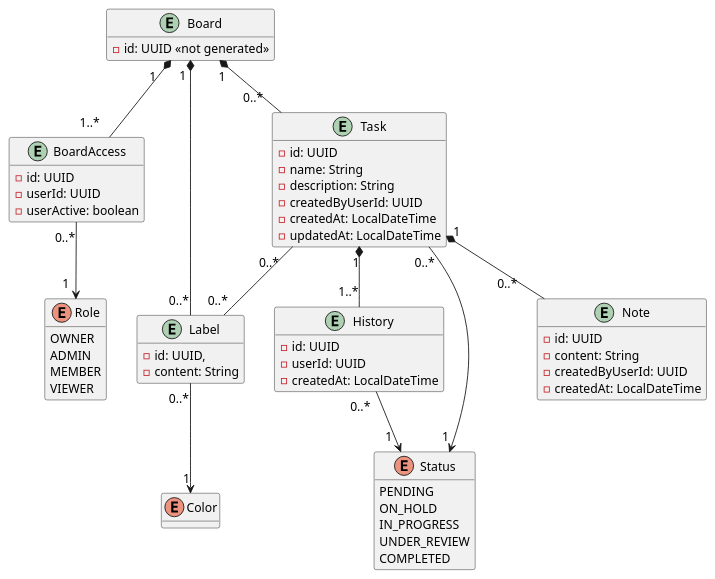
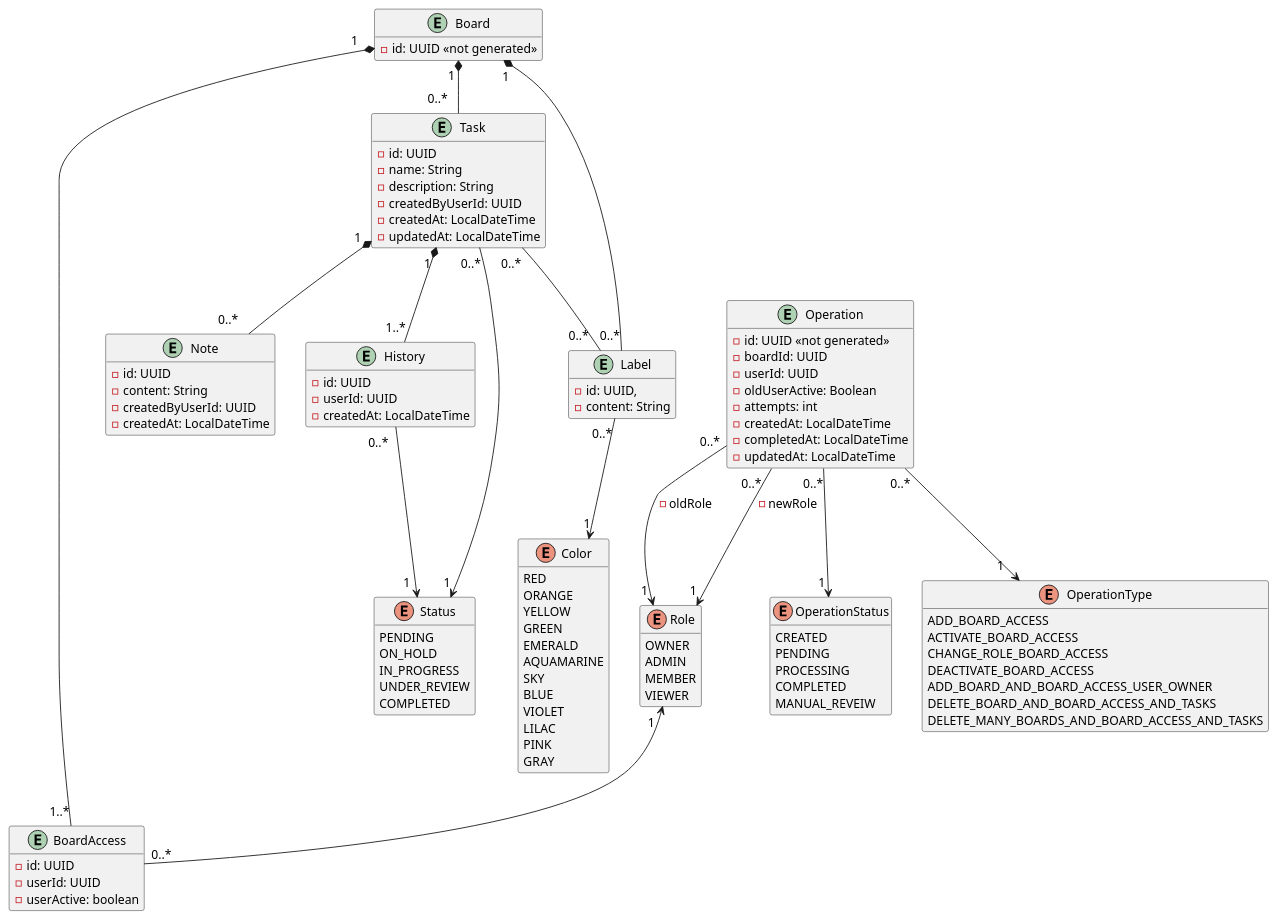
One commit to ArmandoEnrique1010K/TrelloMicroservices changed the diagram in assets/Workflow_diagram.puml. Above: the diagram before and after it, drawn with PlantUML. The commit also changed 5 other files, not shown here.

First line of the commit message:
Actualizar los tipos de operaciones y los diagramas de dominio

```diff
--- a/assets/Workflow_diagram.puml
+++ b/assets/Workflow_diagram.puml
@@ -1,103 +1,153 @@
 @startuml Workflow
 hide methods
 skinparam ArrowFontSize 14
 
 ' =========================================================
 ' Datos provenientes indirectamente de PROJECT
 ' =========================================================
 
 ' OWNER representa al usuario administrador del workspace.
 '
 ' boardId hace referencia a un board administrado por
 ' PROJECT. No es una FK hacia una entidad Board de TASK.
 enum Role {
   OWNER
   ADMIN
   MEMBER
   VIEWER
 }
 
 entity BoardAccess {
   - id: UUID
   - userId: UUID
   - userActive: boolean
 }
 
 
 'El ID de la entidad Board no es generado automaticamente, se
 'toma el ID del Board generado en el microservicio Project, es
 'por ello que se coloca <<not generated>>
 entity Board {
   - id: UUID <<not generated>>
 }
 
 
 ' =========================================================
 ' Entidades propias de WORKFLOW
 ' =========================================================
 
 'El valor por defecto del estado es PENDING
 enum Status {
   PENDING 
   ON_HOLD
   IN_PROGRESS
   UNDER_REVIEW
   COMPLETED
 }
 
 entity Task {
   - id: UUID
   - name: String
   - description: String
   - createdByUserId: UUID
   - createdAt: LocalDateTime
   - updatedAt: LocalDateTime
 }
 
 entity Label {
   - id: UUID,
   - content: String
 }
 
 enum Color {
-  
+  RED
+  ORANGE
+  YELLOW
+  GREEN
+  EMERALD
+  AQUAMARINE
+  SKY
+  BLUE
+  VIOLET
+  LILAC
+  PINK
+  GRAY
+}
+
+enum OperationStatus {
+  CREATED
+  PENDING
+  PROCESSING
+  COMPLETED
+  MANUAL_REVEIW
+}
+
+enum OperationType {
+  ADD_BOARD_ACCESS
+  ACTIVATE_BOARD_ACCESS
+  CHANGE_ROLE_BOARD_ACCESS
+  DEACTIVATE_BOARD_ACCESS
+  ADD_BOARD_AND_BOARD_ACCESS_USER_OWNER
+  DELETE_BOARD_AND_BOARD_ACCESS_AND_TASKS
+  DELETE_MANY_BOARDS_AND_BOARD_ACCESS_AND_TASKS
 }
 
 entity Note {
   - id: UUID
   - content: String
   - createdByUserId: UUID
   - createdAt: LocalDateTime
 }
 
 
 ' Historial de estados de Task.
 ' Al crear una Task, se crea también su primer History.
 
 entity History {
   - id: UUID
   - userId: UUID
   - createdAt: LocalDateTime
 }
 
 
+'Operaciones realizadas
+entity Operation {
+  - id: UUID <<not generated>>
+  - boardId: UUID
+  - userId: UUID
+  - oldUserActive: Boolean
+  'El número de intentos se mide por cantidad y no por tipo de intentos: automatico o manual
+  - attempts: int
+  - createdAt: LocalDateTime
+  - completedAt: LocalDateTime
+  - updatedAt: LocalDateTime
+}
+
+
 ' =========================================================
 ' Relaciones
 ' =========================================================
 'Una tarea puede tener ninguno, 1 o varios labels diferentes
-Task "0..*  " -- "0..*" Label
-Task "1" *-- "0..*     " Note
-Task " 1" *-- " 1..*" History
+Task "0..*  " -- "0..*  " Label
+Task "1 " *-- "0..*     " Note
+Task "1 " *-- " 1..*" History
 
-Task "0..*" ---> "1 " Status
+Task "0..*" --> "1 " Status
 History " 0..*  " --> " 1  " Status
 
-Board "1   " *-- "1..*    " BoardAccess
-Board " 1" *-- "0..*   " Task
-BoardAccess "0..*" --> "1  " Role
+Board "1   "*-----" 1..*" BoardAccess
+Board "1 " *-- "0..*   " Task
+BoardAccess "0..*"-up-> "1  " Role
 
 Board " 1 " *-- "0..*" Label
 
 Label "0..*" --> " 1" Color
+ 
+Operation "0..*" --> "1   " OperationType
+Operation "0..*" --> "1 " OperationStatus
+Operation "0..*" --> "1 " Role: - oldRole
+Operation "0..*  " --> "1 " Role: - newRole
+
+
 
 @enduml
```
